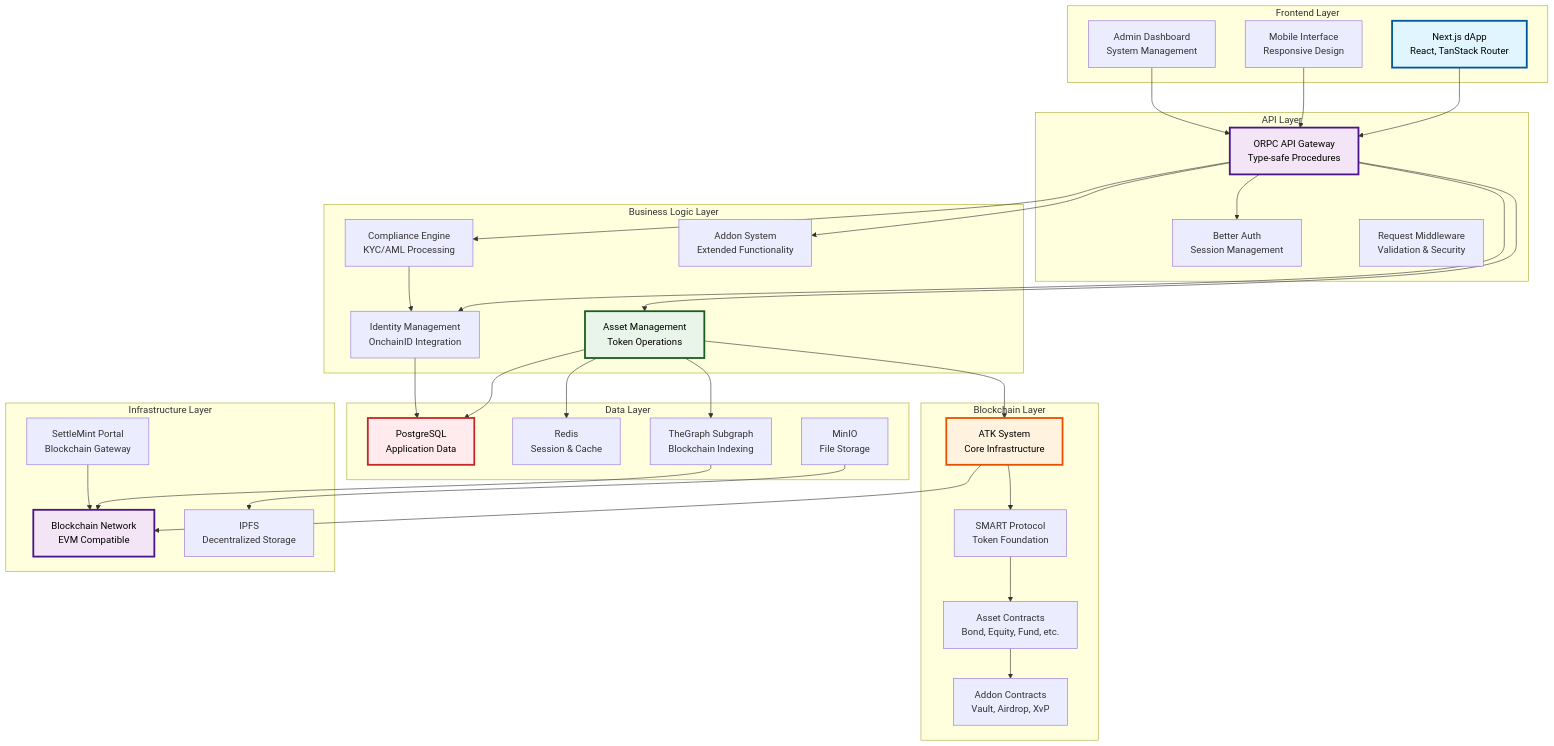
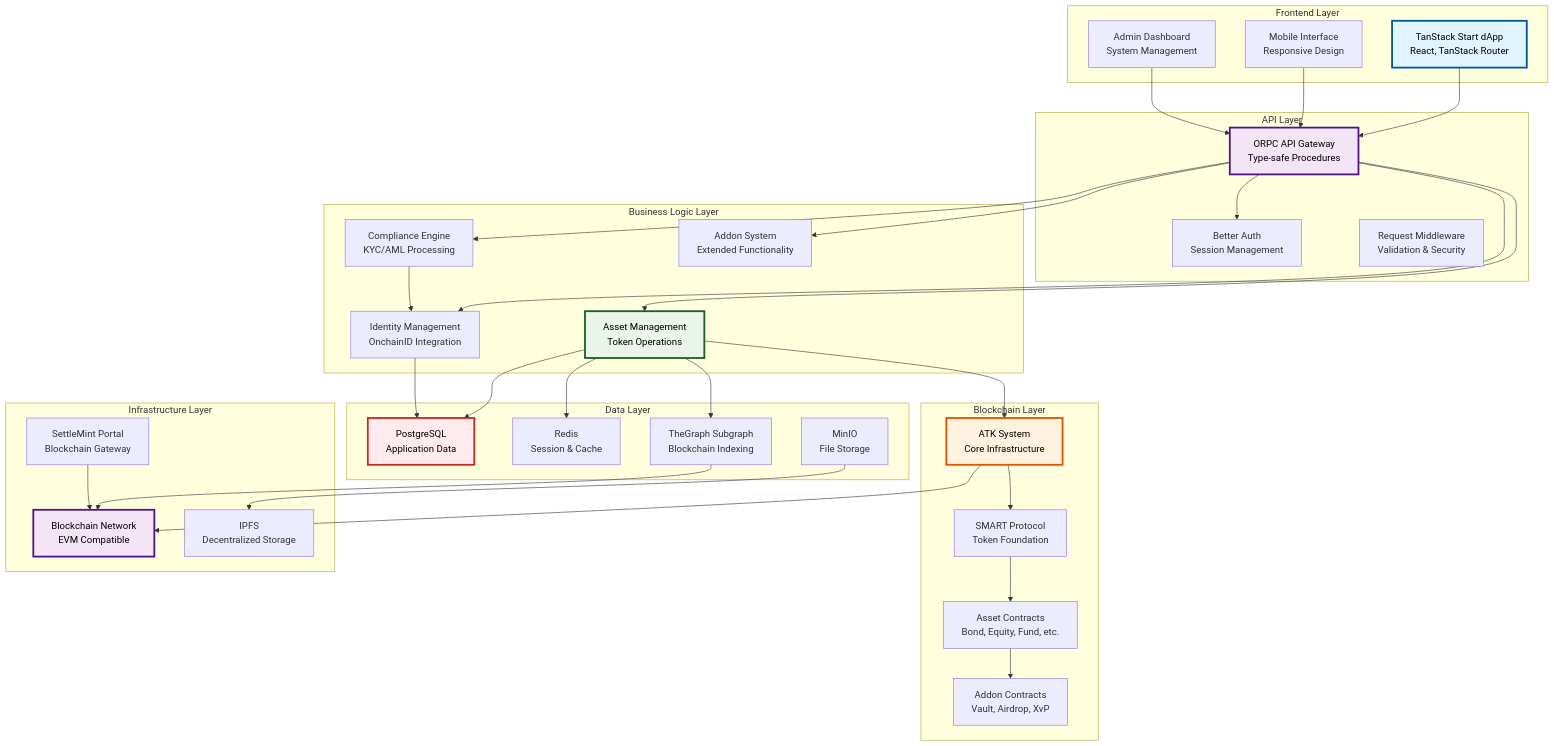
Before and after one commit to settlemint/asset-tokenization-kit: the first of 10 diagrams in kit/docs/content/docs/01-system-overview.md, drawn with Mermaid. The commit also changed other lines of this file and 11 other files, not shown here.

````diff
--- a/kit/docs/content/docs/01-system-overview.md
+++ b/kit/docs/content/docs/01-system-overview.md
@@ -29,78 +29,78 @@
 ```mermaid
 graph TB
     subgraph "Frontend Layer"
-        UI[Next.js dApp<br/>React, TanStack Router]
+        UI[TanStack Start dApp<br/>React, TanStack Router]
         Mobile[Mobile Interface<br/>Responsive Design]
         Admin[Admin Dashboard<br/>System Management]
     end
 
     subgraph "API Layer"
         ORPC[ORPC API Gateway<br/>Type-safe Procedures]
         Auth[Better Auth<br/>Session Management]
         Middleware[Request Middleware<br/>Validation & Security]
     end
 
     subgraph "Business Logic Layer"
         AssetMgmt[Asset Management<br/>Token Operations]
         Compliance[Compliance Engine<br/>KYC/AML Processing]
         Identity[Identity Management<br/>OnchainID Integration]
         Addon[Addon System<br/>Extended Functionality]
     end
 
     subgraph "Data Layer"
         PostgreSQL[PostgreSQL<br/>Application Data]
         Redis[Redis<br/>Session & Cache]
         MinIO[MinIO<br/>File Storage]
         Subgraph[TheGraph Subgraph<br/>Blockchain Indexing]
     end
 
     subgraph "Blockchain Layer"
         ATKSystem[ATK System<br/>Core Infrastructure]
         SMART[SMART Protocol<br/>Token Foundation]
         Assets[Asset Contracts<br/>Bond, Equity, Fund, etc.]
         Addons[Addon Contracts<br/>Vault, Airdrop, XvP]
     end
 
     subgraph "Infrastructure Layer"
         Blockchain[Blockchain Network<br/>EVM Compatible]
         IPFS[IPFS<br/>Decentralized Storage]
         Portal[SettleMint Portal<br/>Blockchain Gateway]
     end
 
     %% Connections
     UI --> ORPC
     Mobile --> ORPC
     Admin --> ORPC
 
     ORPC --> Auth
     ORPC --> AssetMgmt
     ORPC --> Compliance
     ORPC --> Identity
     ORPC --> Addon
 
     AssetMgmt --> PostgreSQL
     AssetMgmt --> Redis
     AssetMgmt --> Subgraph
     AssetMgmt --> ATKSystem
 
     Compliance --> Identity
     Identity --> PostgreSQL
 
     ATKSystem --> SMART
     SMART --> Assets
     Assets --> Addons
 
     Subgraph --> Blockchain
     ATKSystem --> Blockchain
     Portal --> Blockchain
 
     MinIO --> IPFS
 
     %% Styling
     style UI fill:#e1f5fe,stroke:#01579b,color:#000000,stroke-width:3px
     style ORPC fill:#f3e5f5,stroke:#4a148c,color:#000000,stroke-width:3px
     style AssetMgmt fill:#e8f5e8,stroke:#1b5e20,color:#000000,stroke-width:3px
     style ATKSystem fill:#fff3e0,stroke:#e65100,color:#000000,stroke-width:3px
     style PostgreSQL fill:#ffebee,stroke:#c62828,color:#000000,stroke-width:3px
     style Blockchain fill:#f3e5f5,stroke:#4a148c,color:#000000,stroke-width:3px
 ```
````
